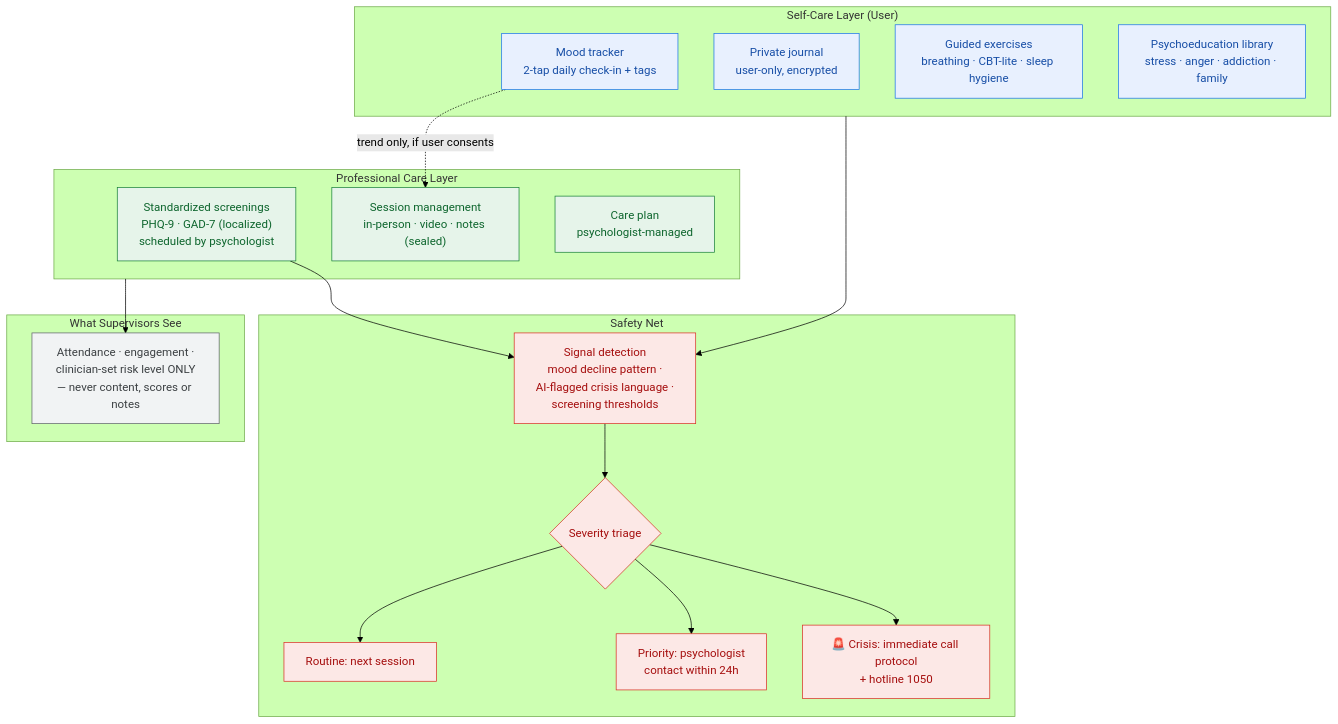
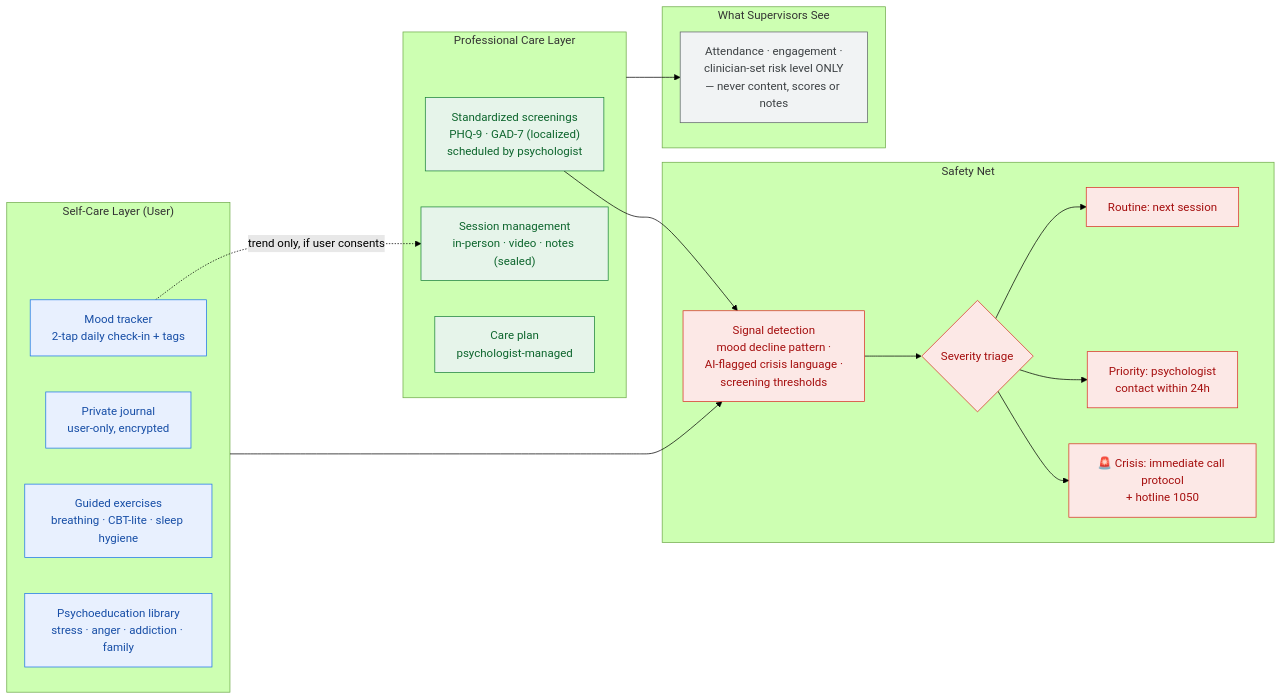
The fifth of 5 diagrams in docs/06-rehabilitation-modules.md (baxtbekjumayev74-byte/Yangi-hayot), drawn with Mermaid (forest theme) before and after one commit. The commit also changed other lines of this file and 5 other files, not shown here.

First line of the commit message:
Refine diagram layouts for presentation rendering

````diff
--- a/docs/06-rehabilitation-modules.md
+++ b/docs/06-rehabilitation-modules.md
@@ -198,42 +198,42 @@
 ```mermaid
-flowchart TB
+flowchart LR
     subgraph SELF["Self-Care Layer (User)"]
         MOODT["Mood tracker<br/>2-tap daily check-in + tags"]
         JOUR["Private journal<br/>user-only, encrypted"]
         EXER["Guided exercises<br/>breathing · CBT-lite · sleep hygiene"]
         PSYEDU["Psychoeducation library<br/>stress · anger · addiction · family"]
     end
 
     subgraph CARE["Professional Care Layer"]
         SCREEN["Standardized screenings<br/>PHQ-9 · GAD-7 (localized)<br/>scheduled by psychologist"]
         SESS["Session management<br/>in-person · video · notes (sealed)"]
         CAREPL["Care plan<br/>psychologist-managed"]
     end
 
     subgraph SAFETY["Safety Net"]
         SIGNAL["Signal detection<br/>mood decline pattern ·<br/>AI-flagged crisis language ·<br/>screening thresholds"]
         TRIAGE2{"Severity triage"}
         ROUTINE["Routine: next session"]
         PRIOR["Priority: psychologist<br/>contact within 24h"]
         CRIT["🚨 Crisis: immediate call protocol<br/>+ hotline 1050"]
     end
 
     subgraph VISIBILITY["What Supervisors See"]
         AGG["Attendance · engagement ·<br/>clinician-set risk level ONLY<br/>— never content, scores or notes"]
     end
 
     SELF --> SIGNAL
     SCREEN --> SIGNAL
     SIGNAL --> TRIAGE2 --> ROUTINE & PRIOR & CRIT
     CARE --> AGG
     MOODT -.->|"trend only, if user consents"| SESS
 
     classDef s fill:#e8f0fe,stroke:#1a73e8,color:#174ea6
     classDef c fill:#e6f4ea,stroke:#188038,color:#0d652d
     classDef f fill:#fce8e6,stroke:#d93025,color:#a50e0e
     classDef v fill:#f1f3f4,stroke:#5f6368,color:#3c4043
     class MOODT,JOUR,EXER,PSYEDU s
     class SCREEN,SESS,CAREPL c
     class SIGNAL,TRIAGE2,ROUTINE,PRIOR,CRIT f
     class AGG v
 ```
````
